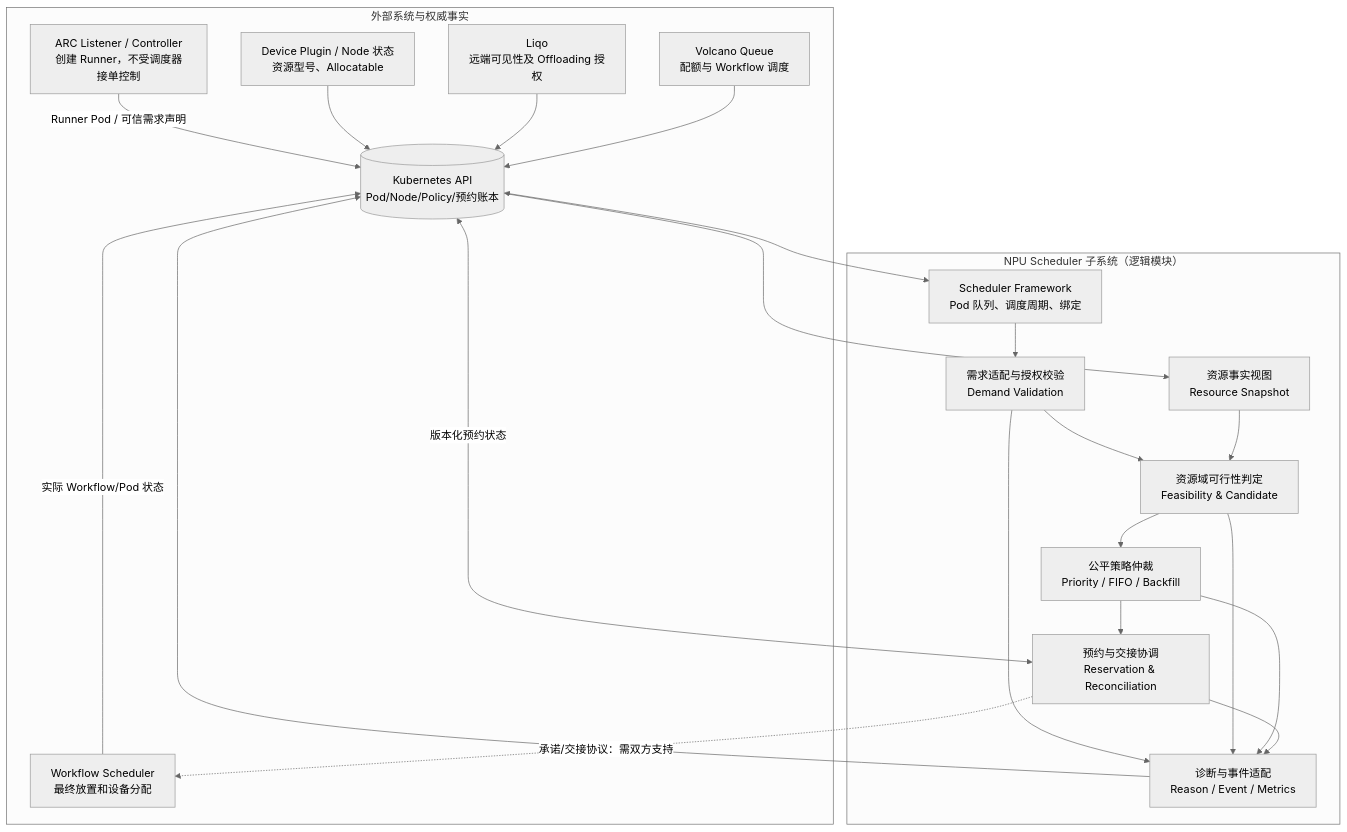
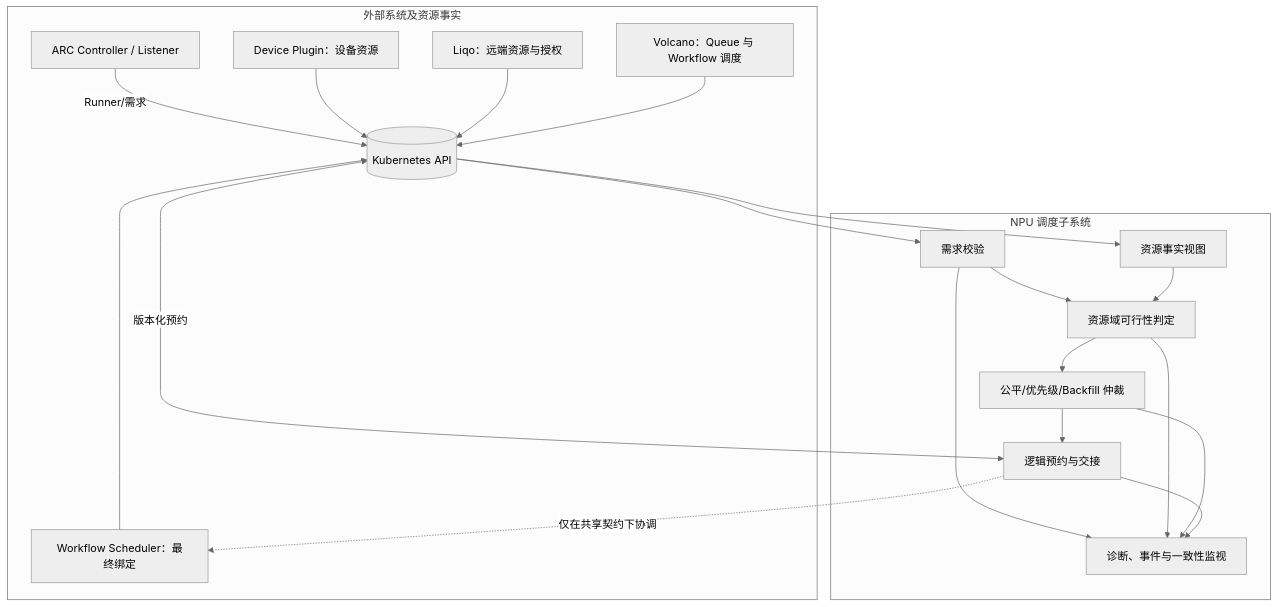
The first of 3 diagrams in docs/system-design.md (ascend-gha-runners/scheduler-plugins), drawn with Mermaid (neutral theme) before and after one commit. The commit also changed other lines of this file, not shown here.

Commit message:
docs: T3 formalize NPU admission and remove implementation-status narrative

````diff
--- a/docs/system-design.md
+++ b/docs/system-design.md
@@ -125,36 +79,35 @@
-```mermaid
+~~~mermaid
 flowchart TB
-  subgraph EXT["外部系统与权威事实"]
-    ARC["ARC Listener / Controller\n创建 Runner，不受调度器接单控制"]
-    KAPI[("Kubernetes API\nPod/Node/Policy/预约账本")]
-    DEVICE["Device Plugin / Node 状态\n资源型号、Allocatable"]
-    LIQO["Liqo\n远端可见性及 Offloading 授权"]
-    VOLC["Volcano Queue\n配额与 Workflow 调度"]
-    WF["Workflow Scheduler\n最终放置和设备分配"]
+  subgraph EXT["外部系统及资源事实"]
+    ARC["ARC Controller / Listener"]
+    API[("Kubernetes API")]
+    LIQO["Liqo：远端资源与授权"]
+    VQ["Volcano：Queue 与 Workflow 调度"]
+    DEVICE["Device Plugin：设备资源"]
+    WF["Workflow Scheduler：最终绑定"]
   end
-  subgraph SCH["NPU Scheduler 子系统（逻辑模块）"]
-    FW["Scheduler Framework\nPod 队列、调度周期、绑定"]
-    DMD["需求适配与授权校验\nDemand Validation"]
-    VIEW["资源事实视图\nResource Snapshot"]
-    FEAS["资源域可行性判定\nFeasibility & Candidate"]
-    FAIR["公平策略仲裁\nPriority / FIFO / Backfill"]
-    RSV["预约与交接协调\nReservation & Reconciliation"]
-    OBS["诊断与事件适配\nReason / Event / Metrics"]
+  subgraph S["NPU 调度子系统"]
+    DEM["需求校验"]
+    SNAP["资源事实视图"]
+    FEAS["资源域可行性判定"]
+    FAIR["公平/优先级/Backfill 仲裁"]
+    RES["逻辑预约与交接"]
+    DIAG["诊断、事件与一致性监视"]
   end
-  ARC -->|Runner Pod / 可信需求声明| KAPI
-  DEVICE --> KAPI
-  LIQO --> KAPI
-  VOLC --> KAPI
-  KAPI <--> FW
-  FW --> DMD --> FEAS
-  KAPI --> VIEW --> FEAS
-  FEAS --> FAIR --> RSV
-  RSV <-->|版本化预约状态| KAPI
-  RSV -.->|承诺/交接协议：需双方支持| WF
-  WF -->|实际 Workflow/Pod 状态| KAPI
-  DMD --> OBS
-  FEAS --> OBS
-  FAIR --> OBS
-  RSV --> OBS
-  OBS --> KAPI
-```
+  ARC -->|"Runner/需求"| API
+  DEVICE --> API
+  LIQO --> API
+  VQ --> API
+  API --> DEM
+  API --> SNAP
+  DEM --> FEAS
+  SNAP --> FEAS
+  FEAS --> FAIR --> RES
+  RES <-->|"版本化预约"| API
+  RES -.->|"仅在共享契约下协调"| WF
+  WF --> API
+  DEM --> DIAG
+  FEAS --> DIAG
+  FAIR --> DIAG
+  RES --> DIAG
+~~~
````
